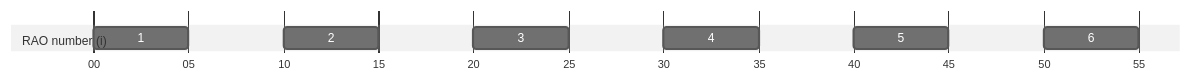
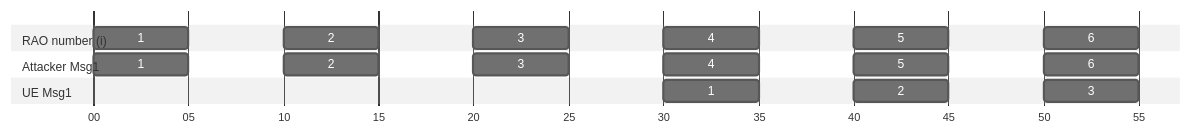
The third of 3 diagrams in docs/20250310 Thesis (Basic Msg1 Model).md (bmw-ece-ntust/wilfrid-prach-attack-analysis), drawn with Mermaid (neutral theme) before and after one commit.

Commit message:
Update 20250310 Thesis (Basic Msg1 Model).md

````diff
--- a/docs/20250310 Thesis (Basic Msg1 Model).md
+++ b/docs/20250310 Thesis (Basic Msg1 Model).md
@@ -51,15 +51,26 @@
 ```mermaid
 ---
 displayMode: compact
 ---
 gantt
     dateFormat mm
     axisFormat %M
     section RAO number (i)
     1 : rao1, 00, 5m
     2 : rao2, 10, 5m
     3 : rao3, 20, 5m
     4 : rao4, 30, 5m
     5 : rao5, 40, 5m
     6 : rao5, 50, 5m
+    section Attacker Msg1
+    1 : att1, 00, 5m
+    2 : att2, 10, 5m
+    3 : att3, 20, 5m
+    4 : att4, 30, 5m
+    5 : att5, 40, 5m
+    6 : att5, 50, 5m
+    section UE Msg1
+    1 : ue1, 30, 5m
+    2 : ue2, 40, 5m
+    3 : ue3, 50, 5m
 ```
````
